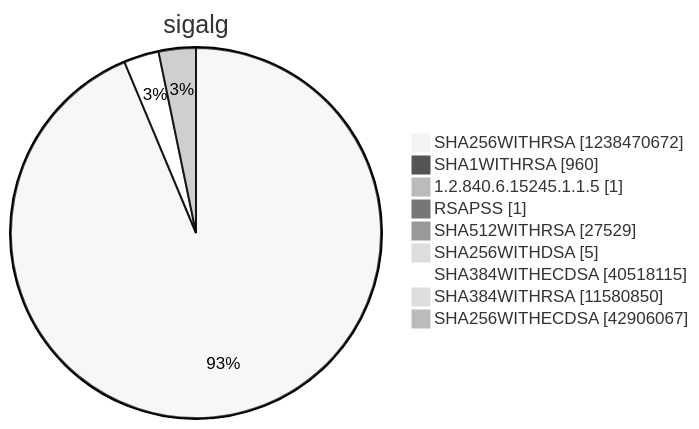
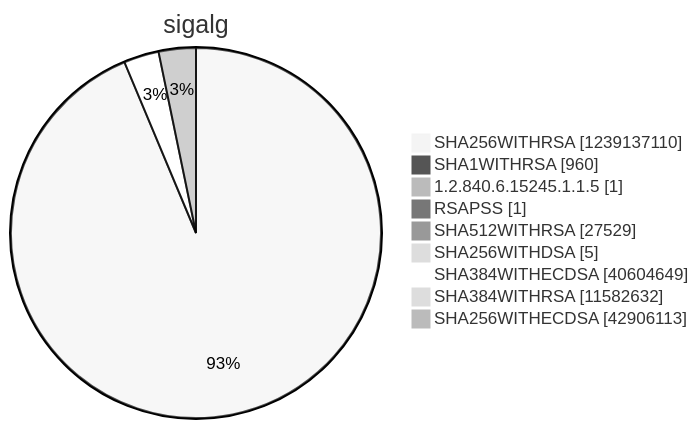
Diagram 15 of 15 in argon2022/README.md (christiankrug/ctmonitor_visualization), drawn with Mermaid (neutral theme) before and after one commit. The commit also changed other lines of this file, not shown here.

````diff
--- a/argon2022/README.md
+++ b/argon2022/README.md
@@ -5522,13 +5522,13 @@
 ```mermaid
 pie showData
 title sigalg
-"SHA256WITHRSA" :1238470672
+"SHA256WITHRSA" :1239137110
 "SHA1WITHRSA" :960
 "1.2.840.6.15245.1.1.5" :1
 "RSAPSS" :1
 "SHA512WITHRSA" :27529
 "SHA256WITHDSA" :5
-"SHA384WITHECDSA" :40518115
-"SHA384WITHRSA" :11580850
-"SHA256WITHECDSA" :42906067
+"SHA384WITHECDSA" :40604649
+"SHA384WITHRSA" :11582632
+"SHA256WITHECDSA" :42906113
 ```
````
